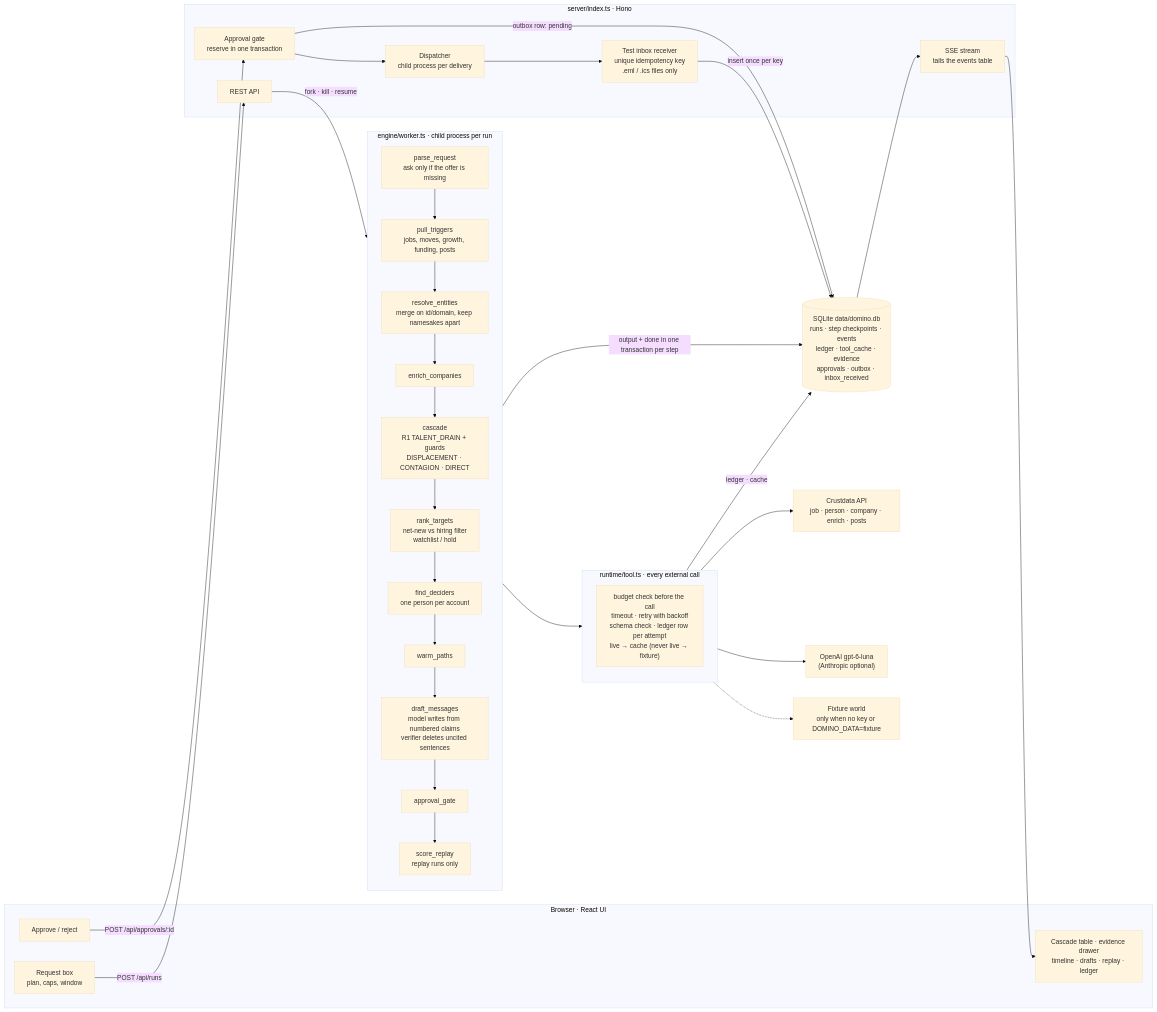
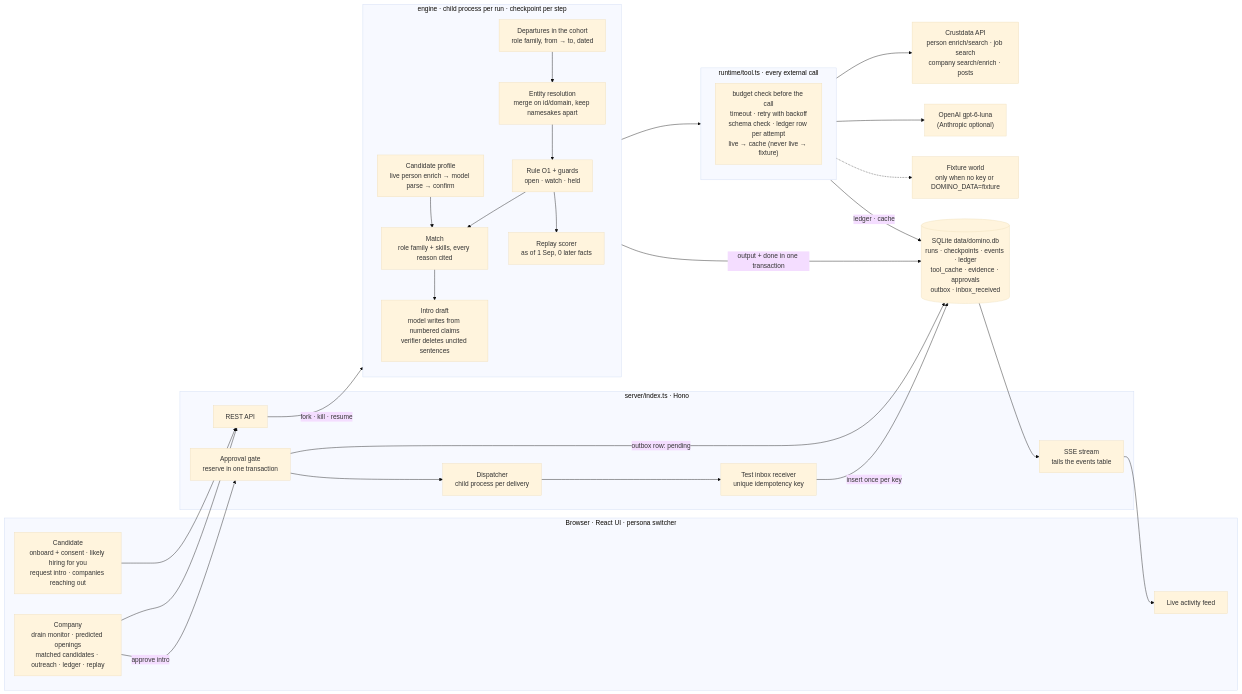
Before and after one commit to Begarudev/domino: the diagram in docs/architecture.mmd, drawn with Mermaid (base theme). The commit also changed 2 other files, not shown here.

Commit message:
README and architecture for the Search Desk pivot (theme 1.1): cited search-firm fees, two-sided product, rule O1 with its fixing time and guards, replay outcome against job posts and baselines, candidate opt-in privacy, Outbound Desk history and the honest zero under approaches; docs/ARCHITECTURE.md as the public diagram page

```diff
--- a/docs/architecture.mmd
+++ b/docs/architecture.mmd
@@ -1,53 +1,52 @@
 flowchart LR
-  subgraph Browser["Browser · React UI"]
-    REQ["Request box<br/>plan, caps, window"]
-    VIEW["Cascade table · evidence drawer<br/>timeline · drafts · replay · ledger"]
-    APPROVE["Approve / reject"]
+  subgraph Browser["Browser · React UI · persona switcher"]
+    CAND["Candidate<br/>onboard + consent · likely hiring for you<br/>request intro · companies reaching out"]
+    COMP["Company<br/>drain monitor · predicted openings<br/>matched candidates · outreach · ledger · replay"]
+    FEED["Live activity feed"]
   end
 
   subgraph Server["server/index.ts · Hono"]
     API["REST API"]
     SSE["SSE stream<br/>tails the events table"]
     GATE["Approval gate<br/>reserve in one transaction"]
     DISPATCH["Dispatcher<br/>child process per delivery"]
-    INBOX["Test inbox receiver<br/>unique idempotency key<br/>.eml / .ics files only"]
+    INBOX["Test inbox receiver<br/>unique idempotency key"]
   end
 
-  subgraph Engine["engine/worker.ts · child process per run"]
+  subgraph Engine["engine · child process per run · checkpoint per step"]
     direction TB
-    S1["parse_request<br/>ask only if the offer is missing"]
-    S2["pull_triggers<br/>jobs, moves, growth, funding, posts"]
-    S3["resolve_entities<br/>merge on id/domain, keep namesakes apart"]
-    S4["enrich_companies"]
-    S5["cascade<br/>R1 TALENT_DRAIN + guards<br/>DISPLACEMENT · CONTAGION · DIRECT"]
-    S6["rank_targets<br/>net-new vs hiring filter<br/>watchlist / hold"]
-    S7["find_deciders<br/>one person per account"]
-    S8["warm_paths"]
-    S9["draft_messages<br/>model writes from numbered claims<br/>verifier deletes uncited sentences"]
-    S10["approval_gate"]
-    S11["score_replay<br/>replay runs only"]
-    S1 --> S2 --> S3 --> S4 --> S5 --> S6 --> S7 --> S8 --> S9 --> S10 --> S11
+    P["Candidate profile<br/>live person enrich → model parse → confirm"]
+    D["Departures in the cohort<br/>role family, from → to, dated"]
+    R["Entity resolution<br/>merge on id/domain, keep namesakes apart"]
+    O["Rule O1 + guards<br/>open · watch · held"]
+    M["Match<br/>role family + skills, every reason cited"]
+    W["Intro draft<br/>model writes from numbered claims<br/>verifier deletes uncited sentences"]
+    S["Replay scorer<br/>as of 1 Sep, 0 later facts"]
+    P --> M
+    D --> R --> O --> M --> W
+    O --> S
   end
 
   subgraph Tool["runtime/tool.ts · every external call"]
     T["budget check before the call<br/>timeout · retry with backoff<br/>schema check · ledger row per attempt<br/>live → cache (never live → fixture)"]
   end
 
-  DB[("SQLite data/domino.db<br/>runs · step checkpoints · events<br/>ledger · tool_cache · evidence<br/>approvals · outbox · inbox_received")]
-  CD["Crustdata API<br/>job · person · company · enrich · posts"]
+  DB[("SQLite data/domino.db<br/>runs · checkpoints · events · ledger<br/>tool_cache · evidence · approvals<br/>outbox · inbox_received")]
+  CD["Crustdata API<br/>person enrich/search · job search<br/>company search/enrich · posts"]
   LLM["OpenAI gpt-6-luna<br/>(Anthropic optional)"]
   FX["Fixture world<br/>only when no key or DOMINO_DATA=fixture"]
 
-  REQ -->|POST /api/runs| API
+  CAND --> API
+  COMP --> API
   API -->|fork · kill · resume| Engine
   Engine --> Tool
   Tool --> CD
   Tool --> LLM
   Tool -.-> FX
-  Engine -->|output + done in one transaction per step| DB
+  Engine -->|output + done in one transaction| DB
   Tool -->|ledger · cache| DB
-  DB --> SSE --> VIEW
-  APPROVE -->|POST /api/approvals/:id| GATE
+  DB --> SSE --> FEED
+  COMP -->|approve intro| GATE
   GATE -->|outbox row: pending| DB
   GATE --> DISPATCH --> INBOX
   INBOX -->|insert once per key| DB
```
